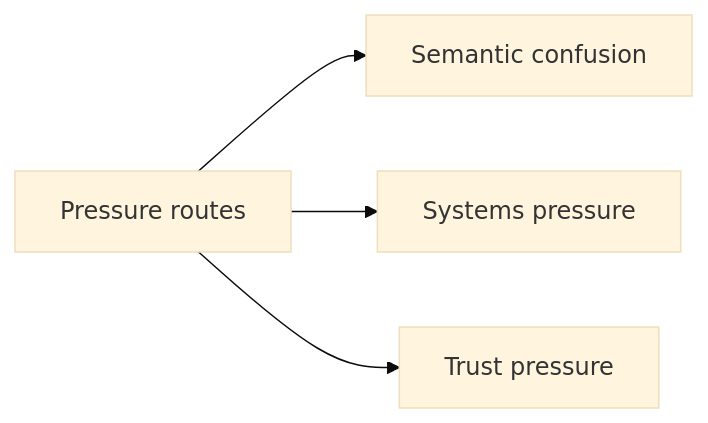
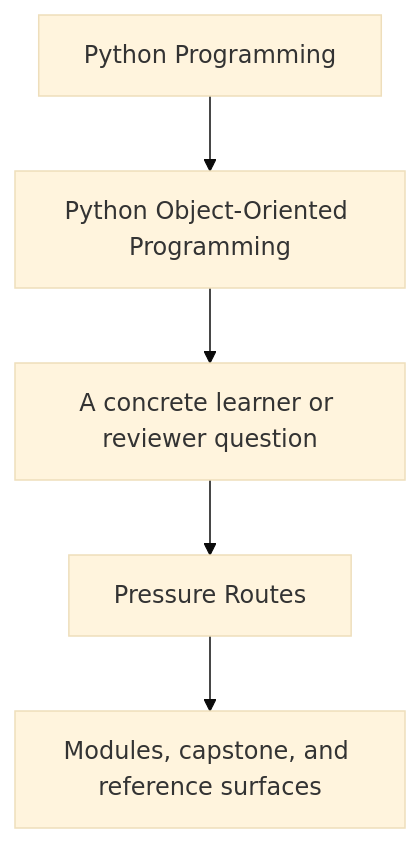
Before and after one commit to bijux/bijux-masterclass: the first of 2 diagrams in programs/python-programming/python-object-oriented-programming/course-book/guides/pressure-routes.md, drawn with Mermaid (base theme). The commit also changed other lines of this file and 23 other files, not shown here.

Commit message:
docs(python-object-oriented-programming): sharpen guide and reference diagrams

````diff
--- a/programs/python-programming/python-object-oriented-programming/course-book/guides/pressure-routes.md
+++ b/programs/python-programming/python-object-oriented-programming/course-book/guides/pressure-routes.md
@@ -7,11 +7,7 @@
 ```mermaid
-graph LR
-  routes["Pressure routes"]
-  semantics["Semantic confusion"]
-  systems["Systems pressure"]
-  trust["Trust pressure"]
-
-  routes --> semantics
-  routes --> systems
-  routes --> trust
+flowchart TD
+  family["Python Programming"] --> program["Python Object-Oriented Programming"]
+  program --> pressure["A concrete learner or reviewer question"]
+  pressure --> guide["Pressure Routes"]
+  guide --> next["Modules, capstone, and reference surfaces"]
 ```
````
